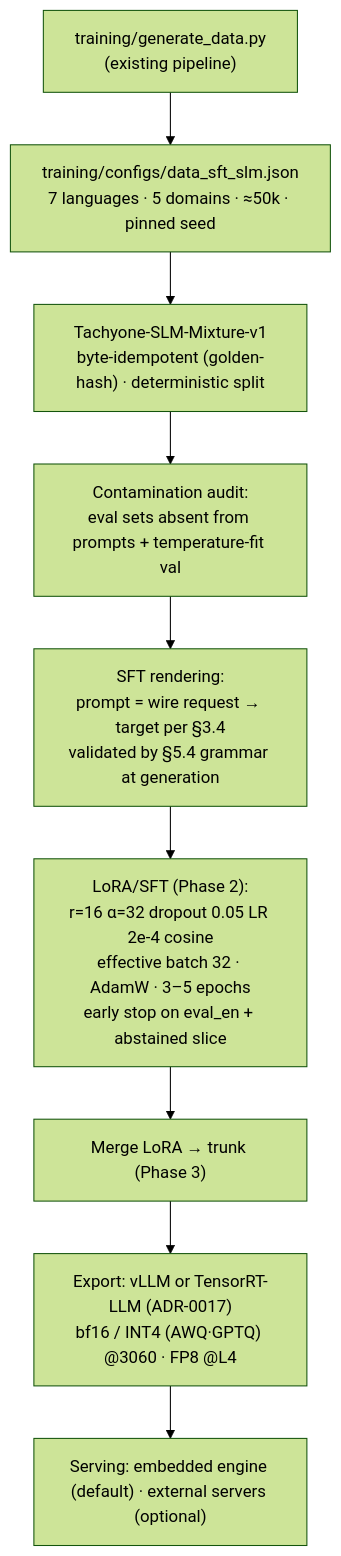
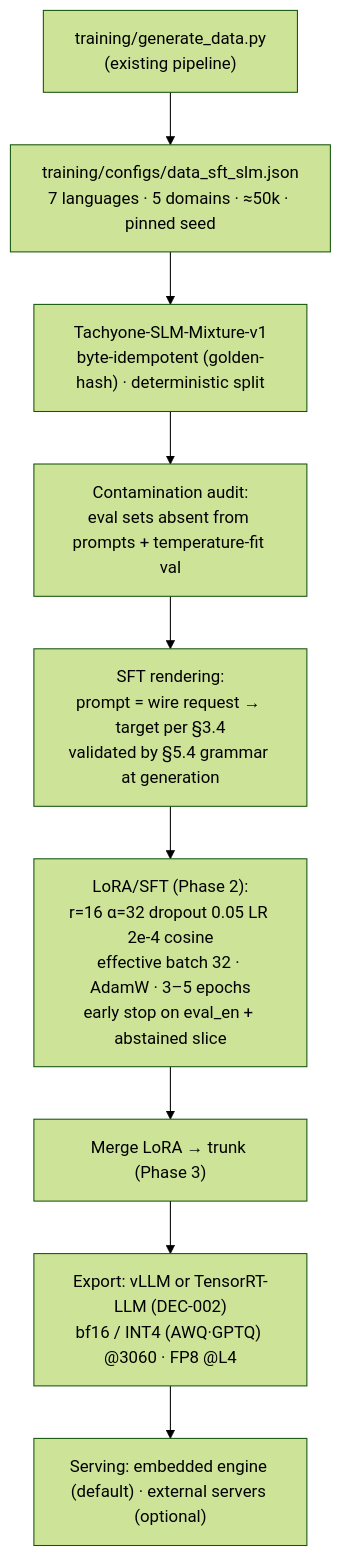
The fourth of 4 diagrams in docs/architecture.md (munod/tachyone_slm), drawn with Mermaid (forest theme) before and after one commit. The commit also changed other lines of this file and 24 other files, not shown here.

````diff
--- a/docs/architecture.md
+++ b/docs/architecture.md
@@ -103,11 +103,11 @@
 ```mermaid
 flowchart TD
     GEN["training/generate_data.py<br/>(existing pipeline)"] --> CFG["training/configs/data_sft_slm.json<br/>7 languages · 5 domains · ≈50k · pinned seed"]
     CFG --> MIX["Tachyone-SLM-Mixture-v1<br/>byte-idempotent (golden-hash) · deterministic split"]
     MIX --> AUDIT["Contamination audit:<br/>eval sets absent from prompts + temperature-fit val"]
     AUDIT --> RENDER2["SFT rendering:<br/>prompt = wire request → target per §3.4<br/>validated by §5.4 grammar at generation"]
     RENDER2 --> LORA["LoRA/SFT (Phase 2):<br/>r=16 α=32 dropout 0.05 LR 2e-4 cosine<br/>effective batch 32 · AdamW · 3–5 epochs<br/>early stop on eval_en + abstained slice"]
     LORA --> MERGE["Merge LoRA → trunk (Phase 3)"]
-    MERGE --> EXPORT["Export: vLLM or TensorRT-LLM (ADR-0017)<br/>bf16 / INT4 (AWQ·GPTQ) @3060 · FP8 @L4"]
+    MERGE --> EXPORT["Export: vLLM or TensorRT-LLM (DEC-002)<br/>bf16 / INT4 (AWQ·GPTQ) @3060 · FP8 @L4"]
     EXPORT --> SERVE["Serving: embedded engine (default) · external servers (optional)"]
 ```
````
